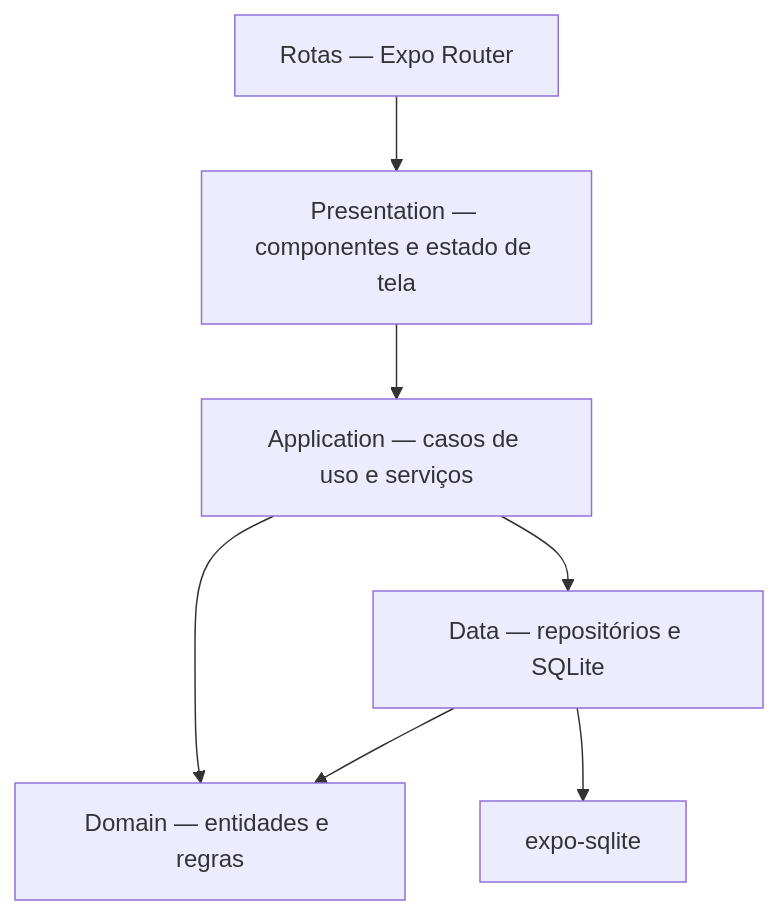
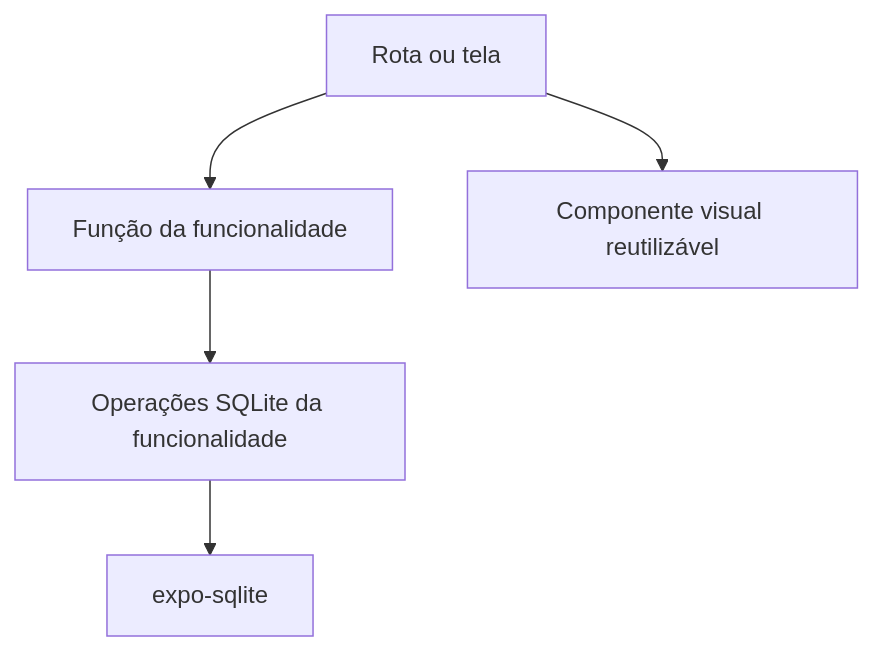
One commit to 1nogueirae/Nexum changed the diagram in docs/04-arquitetura.md. Above: the diagram before and after it, drawn with Mermaid. The commit also changed other lines of this file and 33 other files, not shown here.

````diff
--- a/docs/04-arquitetura.md
+++ b/docs/04-arquitetura.md
@@ -7,9 +7,7 @@
 ```mermaid
 flowchart TD
-    ROUTES["Rotas — Expo Router"] --> UI["Presentation — componentes e estado de tela"]
-    UI --> APP["Application — casos de uso e serviços"]
-    APP --> DOM["Domain — entidades e regras"]
-    APP --> DATA["Data — repositórios e SQLite"]
-    DATA --> DOM
-    DATA --> SQLITE["expo-sqlite"]
+    ROUTE["Rota ou tela"] --> FEATURE["Função da funcionalidade"]
+    FEATURE --> DATABASE["Operações SQLite da funcionalidade"]
+    DATABASE --> SQLITE["expo-sqlite"]
+    ROUTE --> COMPONENT["Componente visual reutilizável"]
 ```
````
